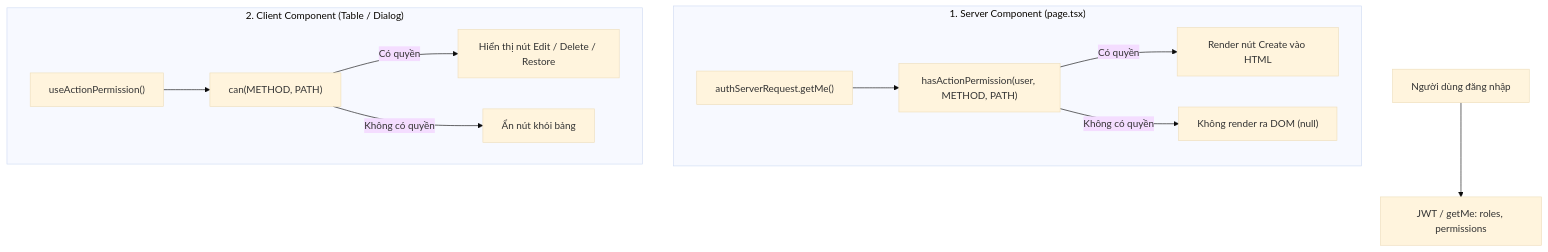
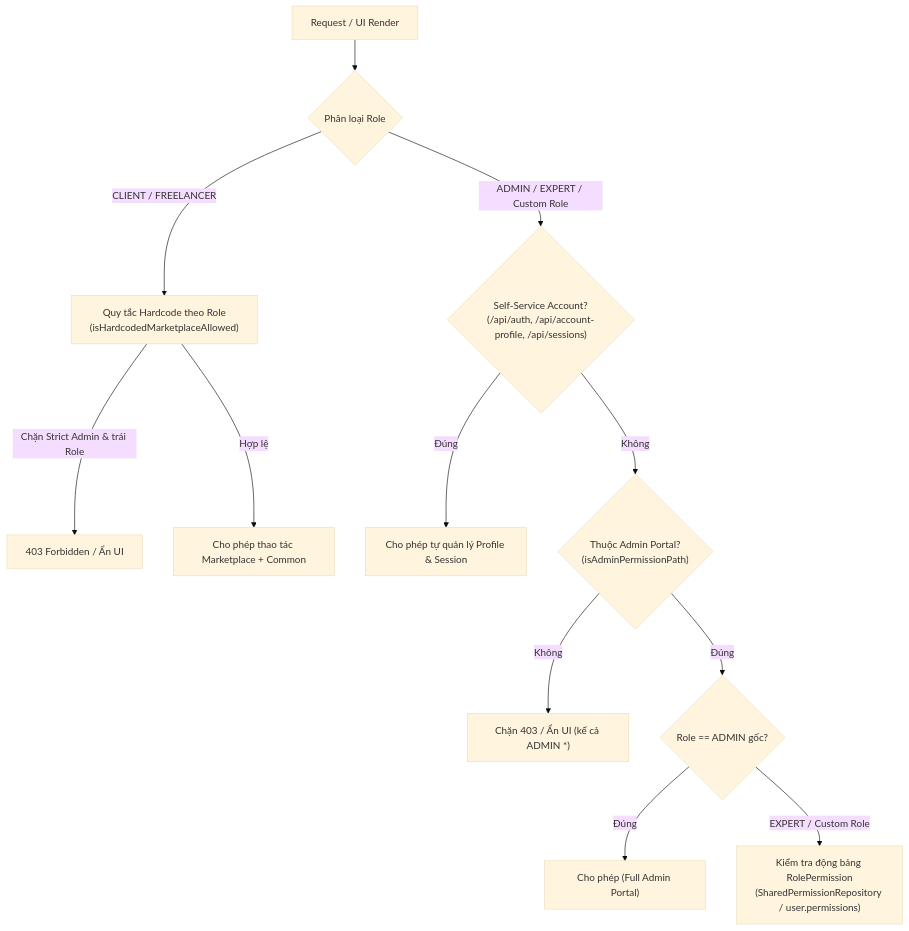
The diagram in docs/permission-action-visibility.md (Thunggg/Frevia), drawn with Mermaid (base theme) before and after one commit. The commit also changed other lines of this file and 6 other files, not shown here.

Commit message:
feat: implement dynamic RBAC admin permissions and frontend route protection

````diff
--- a/docs/permission-action-visibility.md
+++ b/docs/permission-action-visibility.md
@@ -29,16 +26,16 @@
 ```mermaid
 flowchart TD
-    User["Người dùng đăng nhập"] --> JWT["JWT / getMe: roles, permissions"]
-    
-    subgraph ServerSide ["1. Server Component (page.tsx)"]
-        SC["authServerRequest.getMe()"] --> CheckServer["hasActionPermission(user, METHOD, PATH)"]
-        CheckServer -- "Có quyền" --> RenderBtn["Render nút Create vào HTML"]
-        CheckServer -- "Không có quyền" --> HideBtn["Không render ra DOM (null)"]
-    end
+    Req["Request / UI Render"] --> RoleCheck{"Phân loại Role"}
 
-    subgraph ClientSide ["2. Client Component (Table / Dialog)"]
-        CC["useActionPermission()"] --> HookCan["can(METHOD, PATH)"]
-        HookCan -- "Có quyền" --> ShowRowAction["Hiển thị nút Edit / Delete / Restore"]
-        HookCan -- "Không có quyền" --> HideRowAction["Ẩn nút khỏi bảng"]
-    end
+    RoleCheck -- "CLIENT / FREELANCER" --> Hardcoded["Quy tắc Hardcode theo Role\n(isHardcodedMarketplaceAllowed)"]
+    Hardcoded -- "Chặn Strict Admin & trái Role" --> Deny403["403 Forbidden / Ẩn UI"]
+    Hardcoded -- "Hợp lệ" --> AllowMP["Cho phép thao tác Marketplace + Common"]
+
+    RoleCheck -- "ADMIN / EXPERT / Custom Role" --> SelfCheck{"Self-Service Account?\n(/api/auth, /api/account-profile, /api/sessions)"}
+    SelfCheck -- "Đúng" --> AllowSelf["Cho phép tự quản lý Profile & Session"]
+    SelfCheck -- "Không" --> AdminScope{"Thuộc Admin Portal?\n(isAdminPermissionPath)"}
+    AdminScope -- "Không" --> BlockNonAdmin["Chặn 403 / Ẩn UI (kể cả ADMIN *)"]
+    AdminScope -- "Đúng" --> AdminRole{"Role == ADMIN gốc?"}
+    AdminRole -- "Đúng" --> AllowAdmin["Cho phép (Full Admin Portal)"]
+    AdminRole -- "EXPERT / Custom Role" --> CheckDB["Kiểm tra động bảng RolePermission\n(SharedPermissionRepository / user.permissions)"]
 ```
````
